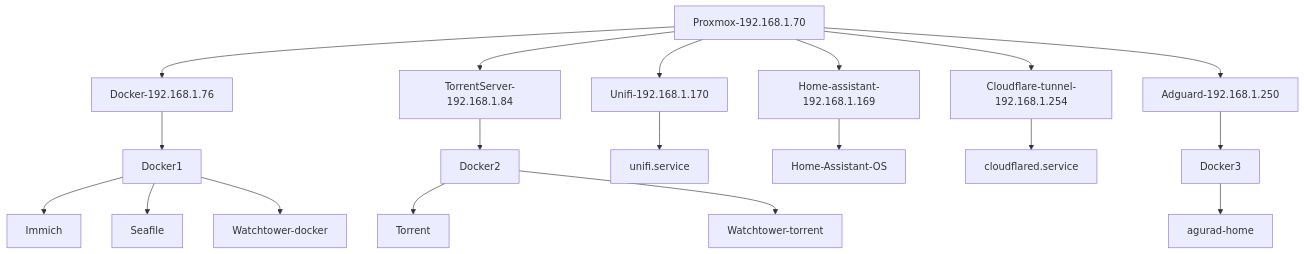
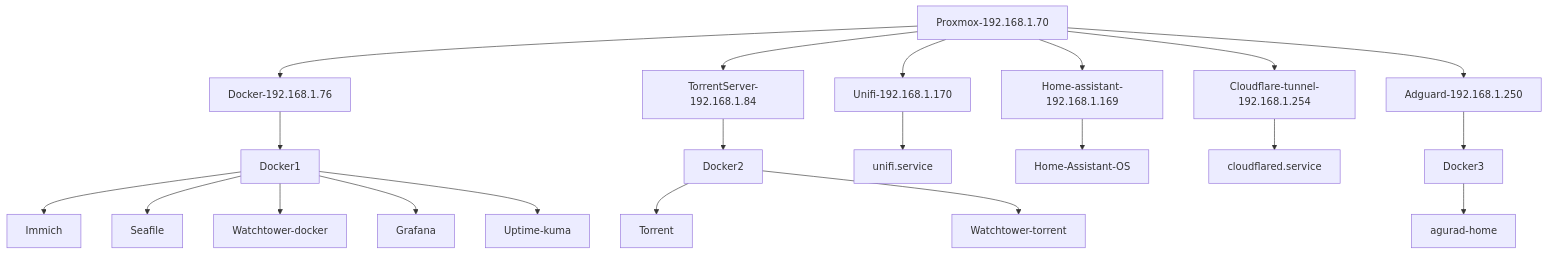
The diagram in diagrams/infra.mmd (BenceGyurus/Homelab), drawn with Mermaid before and after one commit. The commit also changed 7 other files, not shown here.

Commit message:
prometheus and diagrams

```diff
--- a/diagrams/infra.mmd
+++ b/diagrams/infra.mmd
@@ -1,25 +1,27 @@
 graph TD;
     Proxmox-192.168.1.70-->Docker-192.168.1.76;
     Docker-192.168.1.76-->Docker1;
     Docker1-->Immich;
     Docker1-->Seafile;
     Docker1-->Watchtower-docker;
+    Docker1-->Grafana;
+    Docker1-->Uptime-kuma;
     
     Proxmox-192.168.1.70-->TorrentServer-192.168.1.84;
     TorrentServer-192.168.1.84-->Docker2;
     Docker2-->Torrent;
     Docker2-->Watchtower-torrent;
 
     
     Proxmox-192.168.1.70-->Unifi-192.168.1.170;
     Unifi-192.168.1.170-->unifi.service;
     
     Proxmox-192.168.1.70-->Home-assistant-192.168.1.169;
     Home-assistant-192.168.1.169-->Home-Assistant-OS;
 
     Proxmox-192.168.1.70-->Cloudflare-tunnel-192.168.1.254;
     Cloudflare-tunnel-192.168.1.254-->cloudflared.service;
     
     Proxmox-192.168.1.70-->Adguard-192.168.1.250;
     Adguard-192.168.1.250-->Docker3;
     Docker3-->agurad-home;
```
